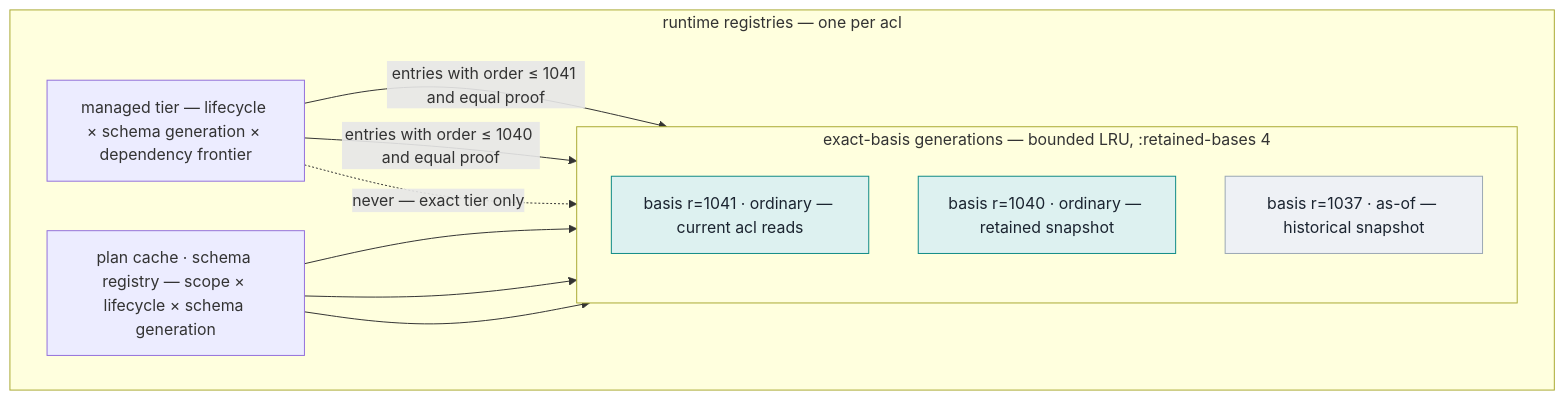
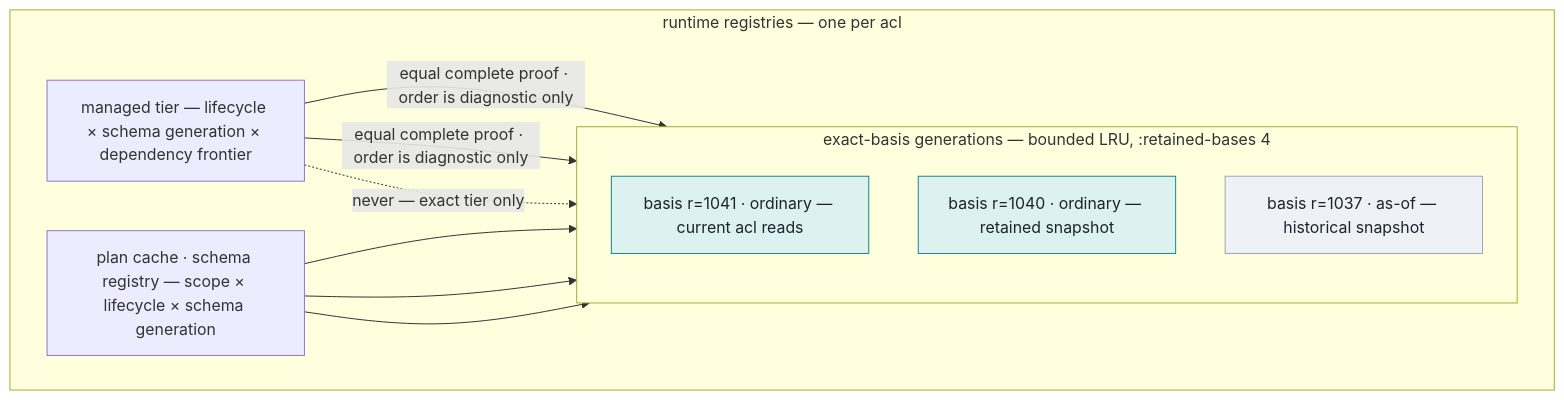
The fifth of 5 diagrams in openspec/changes/add-authorization-views/design.md (theronic/eacl), drawn with Mermaid before and after one commit.

Commit message:
docs: make managed reuse direction agnostic

````diff
--- a/openspec/changes/add-authorization-views/design.md
+++ b/openspec/changes/add-authorization-views/design.md
@@ -172,24 +172,24 @@
 ```mermaid
 flowchart LR
   subgraph rt["runtime registries — one per acl"]
     direction LR
     subgraph gens["exact-basis generations — bounded LRU, :retained-bases 4"]
       direction TB
       G1["basis r=1041 · ordinary — current acl reads"]
       G2["basis r=1040 · ordinary — retained snapshot"]
       G3["basis r=1037 · as-of — historical snapshot"]
     end
     MG["managed tier — lifecycle × schema generation × dependency frontier"]
     PL["plan cache · schema registry — scope × lifecycle × schema generation"]
   end
-  MG -- "entries with order ≤ 1041 and equal proof" --> G1
-  MG -- "entries with order ≤ 1040 and equal proof" --> G2
+  MG -- "equal complete proof · order is diagnostic only" --> G1
+  MG -- "equal complete proof · order is diagnostic only" --> G2
   MG -. "never — exact tier only" .-> G3
   PL --> G1
   PL --> G2
   PL --> G3
   classDef imm fill:#DDF1F0,stroke:#0E8A86,color:#1B2430
   classDef hist fill:#EEF1F5,stroke:#9AA7B4,color:#1B2430
   class G1,G2 imm
   class G3 hist
 ```
````
